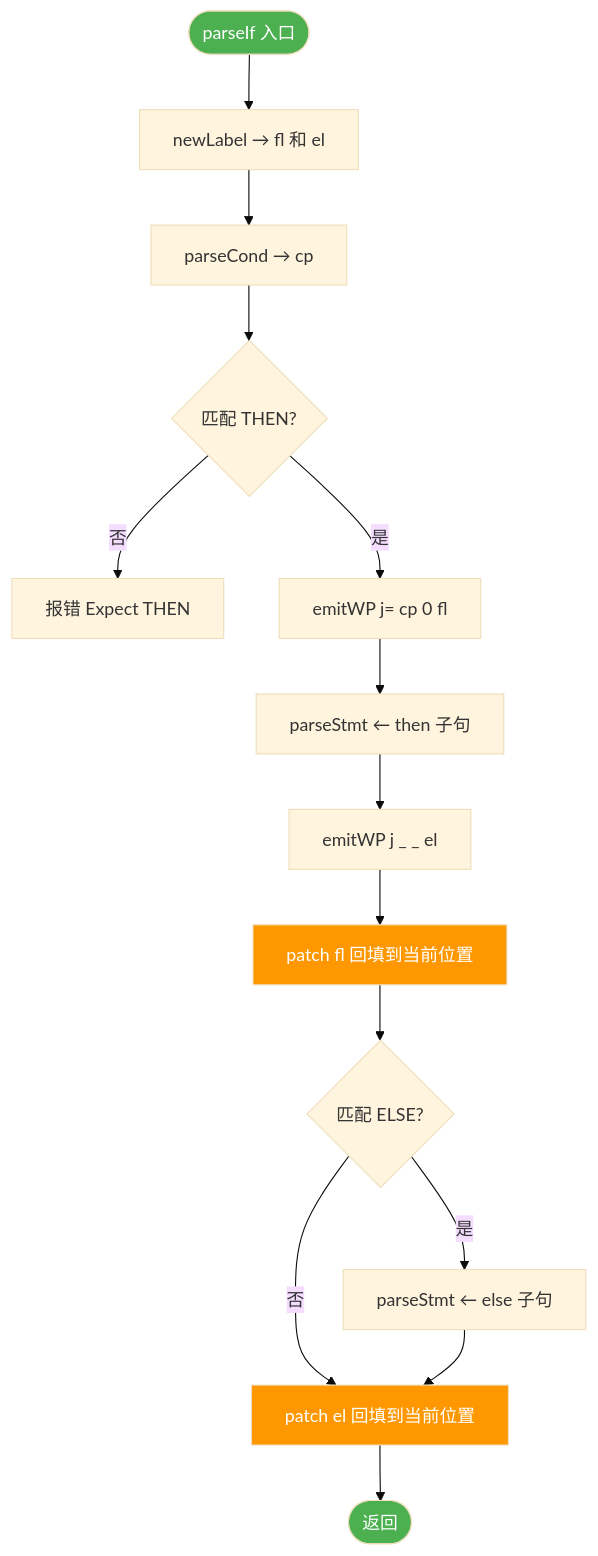
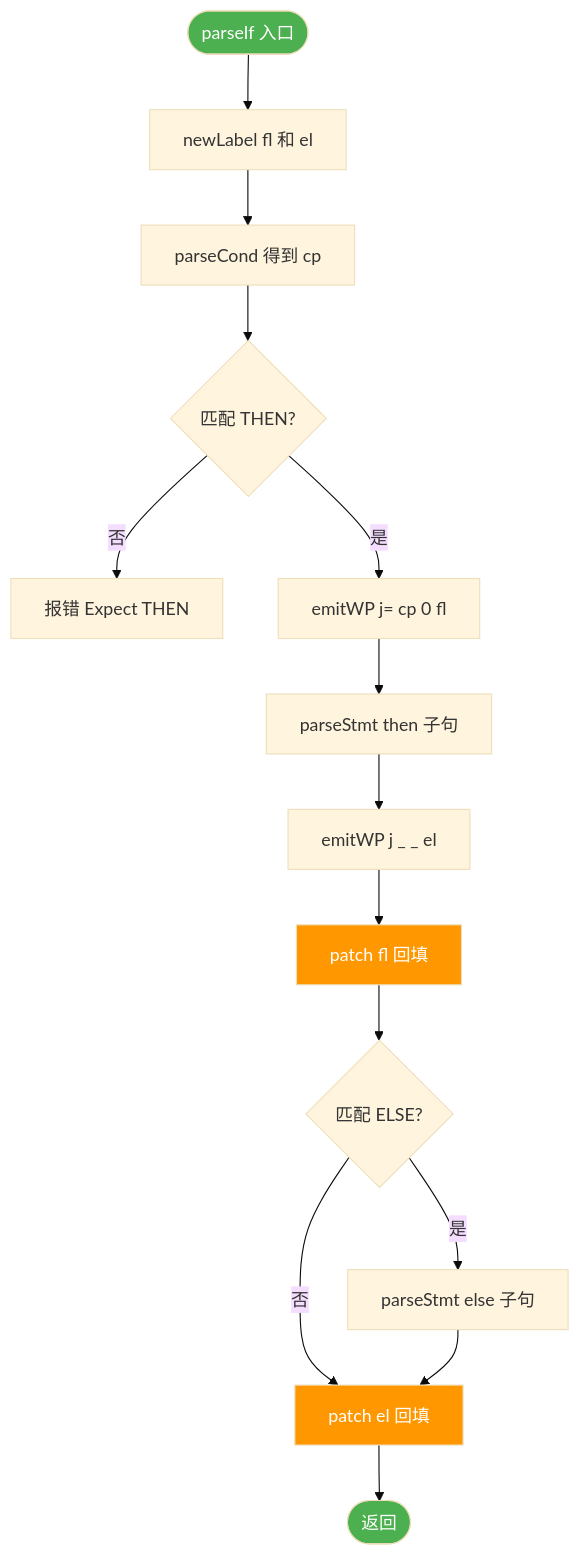
One commit to sayzwx/L--PL-0 changed the sixth of 10 diagrams in Docs/设计流程图.md. Above: the diagram before and after it, drawn with Mermaid (base theme). The commit also changed other lines of this file, not shown here.

Commit message:
恢复图片+修复流程图2.2编码和Loop引用

````diff
--- a/Docs/设计流程图.md
+++ b/Docs/设计流程图.md
@@ -186,21 +199,21 @@
 ```mermaid
 flowchart TD
-    StartIf([parseIf 入口]) --> NewLabel[newLabel → fl 和 el]
-    NewLabel --> Cond[parseCond → cp]
-    Cond --> CheckThen{匹配 THEN?}
-    CheckThen -->|否| ErrThen[报错 Expect THEN]
-    CheckThen -->|是| EmitWP1[emitWP j= cp 0 fl]
-    EmitWP1 --> ThenStmt[parseStmt ← then 子句]
-    ThenStmt --> EmitWP2[emitWP j _ _ el]
-    EmitWP2 --> PatchFL[patch fl 回填到当前位置]
-    PatchFL --> CheckElse{匹配 ELSE?}
-    CheckElse -->|是| ElseStmt[parseStmt ← else 子句]
-    CheckElse -->|否| PatchEL[patch el 回填到当前位置]
-    ElseStmt --> PatchEL
-    PatchEL --> EndIf([返回])
+    StartIf([parseIf 入口]) --> NL[newLabel fl 和 el]
+    NL --> Cond[parseCond 得到 cp]
+    Cond --> CT{匹配 THEN?}
+    CT -->|否| ErrThen[报错 Expect THEN]
+    CT -->|是| WP1[emitWP j= cp 0 fl]
+    WP1 --> TS[parseStmt then 子句]
+    TS --> WP2[emitWP j _ _ el]
+    WP2 --> PF[patch fl 回填]
+    PF --> CE{匹配 ELSE?}
+    CE -->|是| ES[parseStmt else 子句]
+    CE -->|否| PE[patch el 回填]
+    ES --> PE
+    PE --> EndIf([返回])
 
     style StartIf fill:#4CAF50,color:#fff
     style EndIf fill:#4CAF50,color:#fff
-    style PatchFL fill:#FF9800,color:#fff
-    style PatchEL fill:#FF9800,color:#fff
+    style PF fill:#FF9800,color:#fff
+    style PE fill:#FF9800,color:#fff
 ```
````
